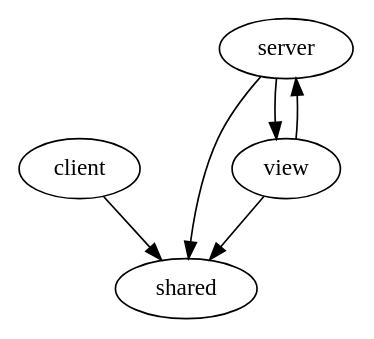
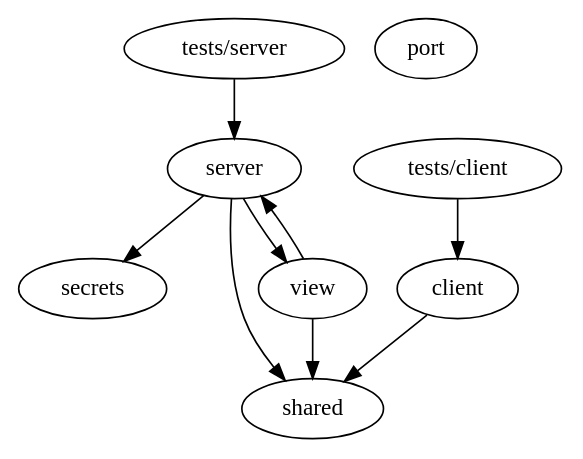
The diagram in modules.dot (poggit/poggit), drawn with Graphviz before and after one commit. The commit also changed 5 other files, not shown here.

```diff
--- a/modules.dot
+++ b/modules.dot
@@ -1,7 +1,22 @@
 digraph modules {
+	client
+	port
+	secrets
+	server
+	shared
+	"tests/client"
+	"tests/server"
+	view
+
 	client -> shared
 	server -> shared
 	view -> shared
+
+	"tests/client" -> client
+	"tests/server" -> server
+
+	server -> secrets
+
 	server -> view
 	view -> server
 }
```
